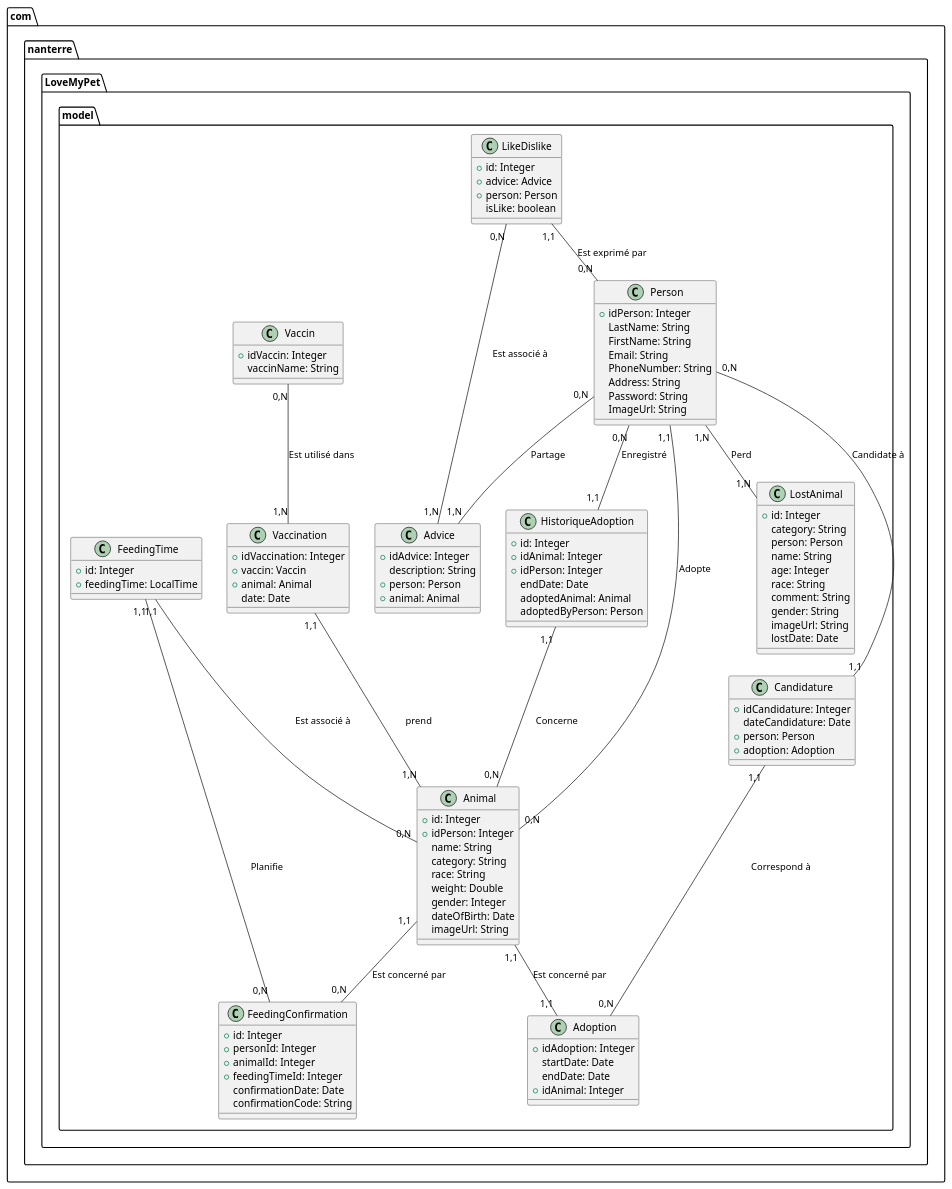
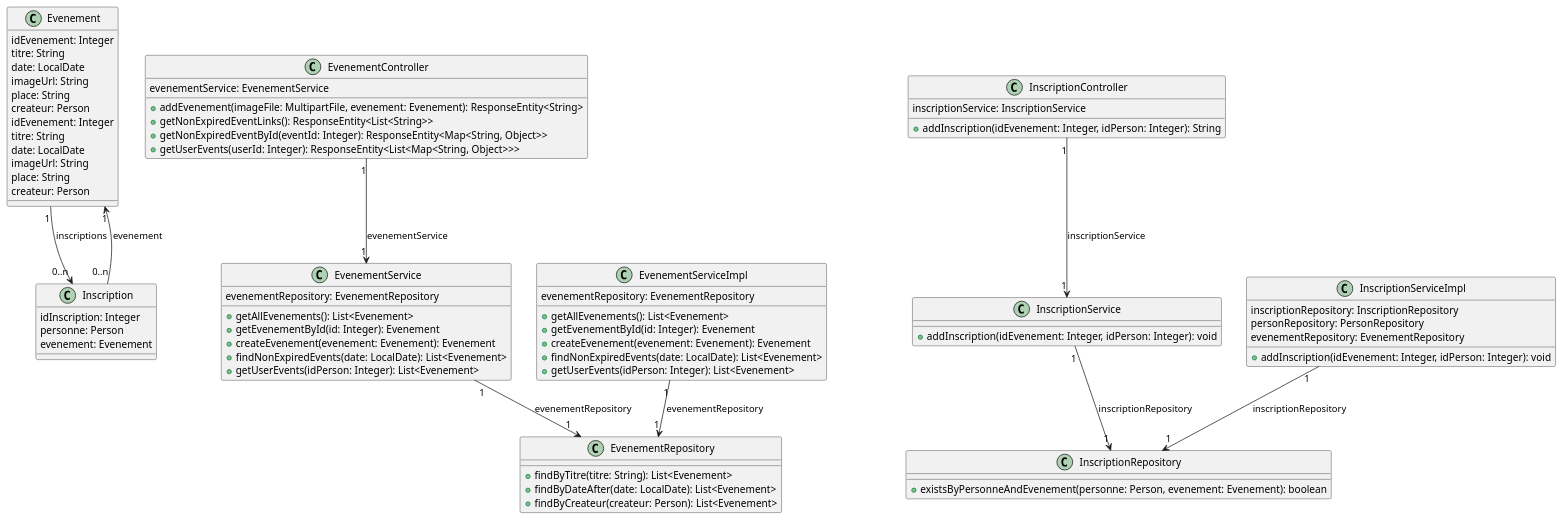
Before and after one commit to malek62-info/LoveMyPet: the eighth of 11 diagrams in bin/docs/documentation.adoc, drawn with PlantUML. The commit also changed other lines of this file and 262 other files, not shown here.

```diff
--- a/bin/docs/documentation.adoc
+++ b/bin/docs/documentation.adoc
@@ -852,124 +1107,91 @@
-[plantuml]
+[plantuml, diagramme-de-classe, svg]
 ----
 @startuml
-
-package "com.nanterre.LoveMyPet.model" {
-  class Person {
-    +idPerson: Integer
-    LastName: String
-    FirstName: String
-    Email: String
-    PhoneNumber: String
-    Address: String
-    Password: String
-    ImageUrl: String
-  }
-
-  class Animal {
-    +id: Integer
-    +idPerson: Integer
-    name: String
-    category: String
-    race: String
-    weight: Double
-    gender: Integer
-    dateOfBirth: Date
-    imageUrl: String
-  }
-
-  class Adoption {
-    +idAdoption: Integer
-    startDate: Date
-    endDate: Date
-    +idAnimal: Integer
-  }
-
-  class Candidature {
-    +idCandidature: Integer
-    dateCandidature: Date
-    +person: Person
-    +adoption: Adoption
-  }
-
-  class Vaccin {
-    +idVaccin: Integer
-    vaccinName: String
-  }
-
-  class Vaccination {
-    +idVaccination: Integer
-    +vaccin: Vaccin
-    +animal: Animal
-    date: Date
-  }
-
-  class Advice {
-    +idAdvice: Integer
-    description: String
-    +person: Person
-    +animal: Animal
-  }
-  class LikeDislike {
-    +id: Integer
-    +advice: Advice
-    +person: Person
-    isLike: boolean
-  }
-
-  class FeedingConfirmation {
-    +id: Integer
-    +personId: Integer
-    +animalId: Integer
-    +feedingTimeId: Integer
-    confirmationDate: Date
-    confirmationCode: String
-  }
-
-  class FeedingTime {
-    +id: Integer
-    +feedingTime: LocalTime
-  }
-  class HistoriqueAdoption {
-    +id: Integer
-    +idAnimal: Integer
-    +idPerson: Integer
-    endDate: Date
-    adoptedAnimal: Animal
-    adoptedByPerson: Person
-  }
-  class LostAnimal {
-  +id: Integer
-  category: String
-  person: Person
-  name: String
-  age: Integer
-  race: String
-  comment: String
-  gender: String
+class Evenement {
+  idEvenement: Integer
+  titre: String
+  date: LocalDate
   imageUrl: String
-  lostDate: Date
-}
+  place: String
+  createur: Person
 }
 
-Person   --  Animal : "1,1" Adopte "0,N"
-Person -- Candidature : "0,N" Candidate à "1,1"
-Animal -- Adoption : "1,1" Est concerné par "1,1"
-Candidature -- Adoption : "1,1" Correspond à "0,N"
-Vaccin -- Vaccination : "0,N" Est utilisé dans "1,N"
-Vaccination -- Animal : "1,1" prend "1,N"
-Person -- Advice : "0,N" Partage "1,N"
-LikeDislike -- Person : "1,1" Est exprimé par "0,N"
-Animal -- FeedingConfirmation : "1,1" Est concerné par "0,N"
-FeedingTime -- FeedingConfirmation : "1,1" Planifie "0,N"
-FeedingTime -- Animal : "1,1" Est associé à "0,N"
-LikeDislike -- Advice : "0,N" Est associé à "1,N"
-Person -- HistoriqueAdoption : "0,N" Enregistré "1,1"
-HistoriqueAdoption -- Animal : "1,1" Concerne "0,N"
-Person -- LostAnimal : "1,N" Perd "1,N"
+class Inscription {
+  idInscription: Integer
+  personne: Person
+  evenement: Evenement
+}
 
-@enduml
+class EvenementController {
+  evenementService: EvenementService
+  + addEvenement(imageFile: MultipartFile, evenement: Evenement): ResponseEntity<String>
+  + getNonExpiredEventLinks(): ResponseEntity<List<String>>
+  + getNonExpiredEventById(eventId: Integer): ResponseEntity<Map<String, Object>>
+  + getUserEvents(userId: Integer): ResponseEntity<List<Map<String, Object>>>
+}
+
+class EvenementService {
+  evenementRepository: EvenementRepository
+  + getAllEvenements(): List<Evenement>
+  + getEvenementById(id: Integer): Evenement
+  + createEvenement(evenement: Evenement): Evenement
+  + findNonExpiredEvents(date: LocalDate): List<Evenement>
+  + getUserEvents(idPerson: Integer): List<Evenement>
+}
+
+class EvenementServiceImpl {
+  evenementRepository: EvenementRepository
+  + getAllEvenements(): List<Evenement>
+  + getEvenementById(id: Integer): Evenement
+  + createEvenement(evenement: Evenement): Evenement
+  + findNonExpiredEvents(date: LocalDate): List<Evenement>
+  + getUserEvents(idPerson: Integer): List<Evenement>
+}
+
+class EvenementRepository {
+  + findByTitre(titre: String): List<Evenement>
+  + findByDateAfter(date: LocalDate): List<Evenement>
+  + findByCreateur(createur: Person): List<Evenement>
+}
+
+class Evenement {
+  idEvenement: Integer
+  titre: String
+  date: LocalDate
+  imageUrl: String
+  place: String
+  createur: Person
+}
+
+class InscriptionController {
+  inscriptionService: InscriptionService
+  + addInscription(idEvenement: Integer, idPerson: Integer): String
+}
+
+class InscriptionService {
+  + addInscription(idEvenement: Integer, idPerson: Integer): void
+}
+
+class InscriptionServiceImpl {
+  inscriptionRepository: InscriptionRepository
+  personRepository: PersonRepository
+  evenementRepository: EvenementRepository
+  + addInscription(idEvenement: Integer, idPerson: Integer): void
+}
+
+class InscriptionRepository {
+  + existsByPersonneAndEvenement(personne: Person, evenement: Evenement): boolean
+}
 
 
 
-
+Evenement "1" --> "0..n" Inscription : inscriptions
+EvenementController "1" --> "1" EvenementService : evenementService
+EvenementService "1" --> "1" EvenementRepository : evenementRepository
+EvenementServiceImpl "1" --> "1" EvenementRepository : evenementRepository
+Inscription "0..n" --> "1" Evenement : evenement
+InscriptionController "1" --> "1" InscriptionService : inscriptionService
+InscriptionService "1" --> "1" InscriptionRepository : inscriptionRepository
+InscriptionServiceImpl "1" --> "1" InscriptionRepository : inscriptionRepository
+@enduml
 ----
```
